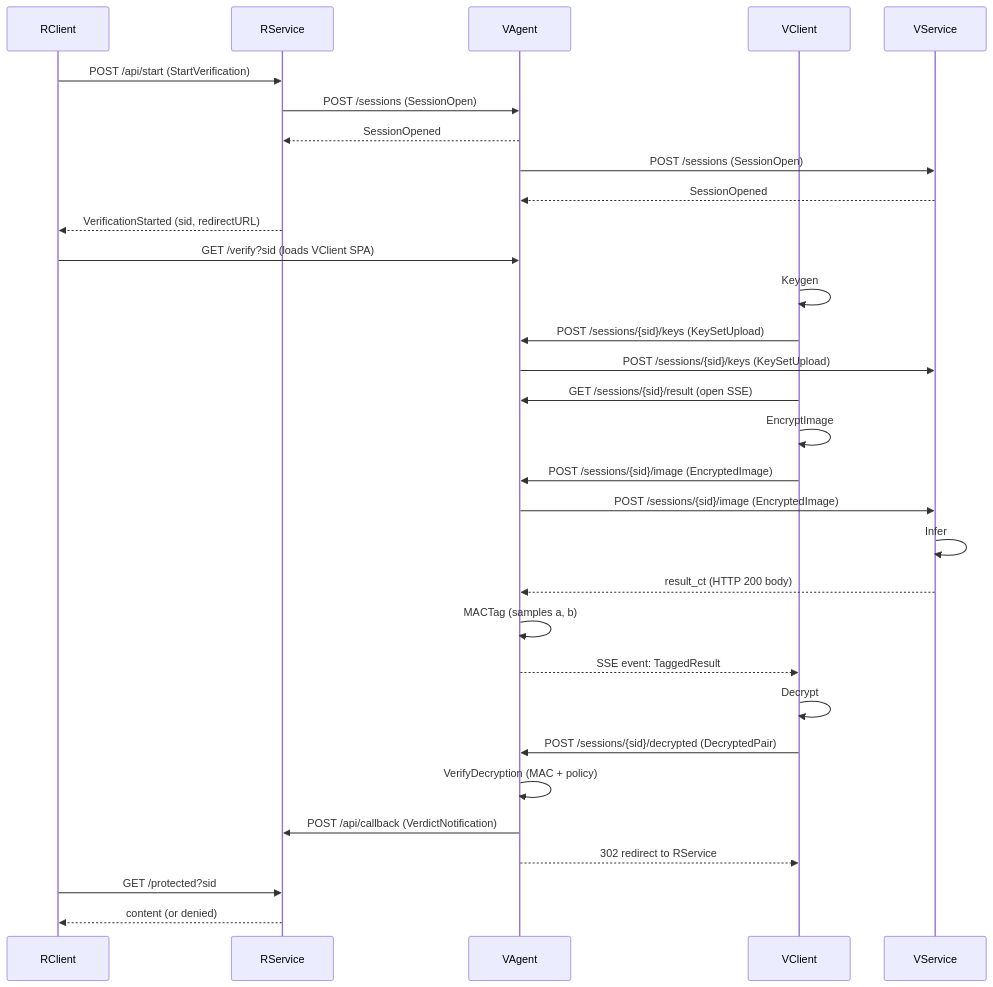
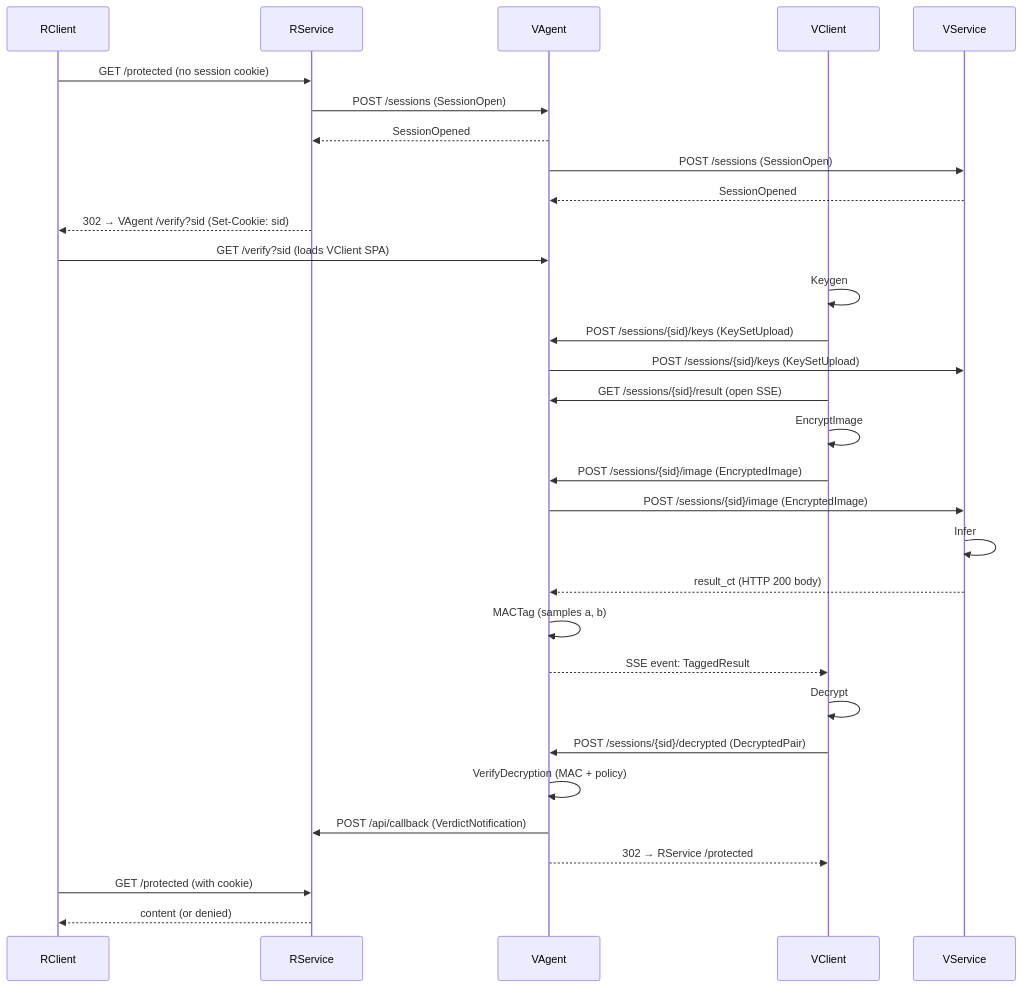
The diagram in docs/DESIGN.md (butvinm/ppiav), drawn with Mermaid before and after one commit. The commit also changed other lines of this file, not shown here.

First line of the commit message:
docs: server-initiated verification flow (OAuth/OIDC pattern)

````diff
--- a/docs/DESIGN.md
+++ b/docs/DESIGN.md
@@ -263,41 +263,41 @@
 ```mermaid
 sequenceDiagram
     participant RC as RClient
     participant RS as RService
     participant VA as VAgent
     participant VC as VClient
     participant VS as VService
 
-    %% Session setup
-    RC->>RS: POST /api/start (StartVerification)
+    %% Initial request — RService initiates verification server-side
+    RC->>RS: GET /protected (no session cookie)
     RS->>VA: POST /sessions (SessionOpen)
     VA-->>RS: SessionOpened
     VA->>VS: POST /sessions (SessionOpen)
     VS-->>VA: SessionOpened
-    RS-->>RC: VerificationStarted (sid, redirectURL)
+    RS-->>RC: 302 → VAgent /verify?sid (Set-Cookie: sid)
     RC->>VA: GET /verify?sid (loads VClient SPA)
 
     %% Keys
     VC->>VC: Keygen
     VC->>VA: POST /sessions/{sid}/keys (KeySetUpload)
     VA->>VS: POST /sessions/{sid}/keys (KeySetUpload)
 
     %% Image and inference
     VC->>VA: GET /sessions/{sid}/result (open SSE)
     VC->>VC: EncryptImage
     VC->>VA: POST /sessions/{sid}/image (EncryptedImage)
     VA->>VS: POST /sessions/{sid}/image (EncryptedImage)
     VS->>VS: Infer
     VS-->>VA: result_ct (HTTP 200 body)
     VA->>VA: MACTag (samples a, b)
     VA-->>VC: SSE event: TaggedResult
 
     %% Decryption, MAC verify, verdict
     VC->>VC: Decrypt
     VC->>VA: POST /sessions/{sid}/decrypted (DecryptedPair)
     VA->>VA: VerifyDecryption (MAC + policy)
     VA->>RS: POST /api/callback (VerdictNotification)
-    VA-->>VC: 302 redirect to RService
-    RC->>RS: GET /protected?sid
+    VA-->>VC: 302 → RService /protected
+    RC->>RS: GET /protected (with cookie)
     RS-->>RC: content (or denied)
 ```
````
